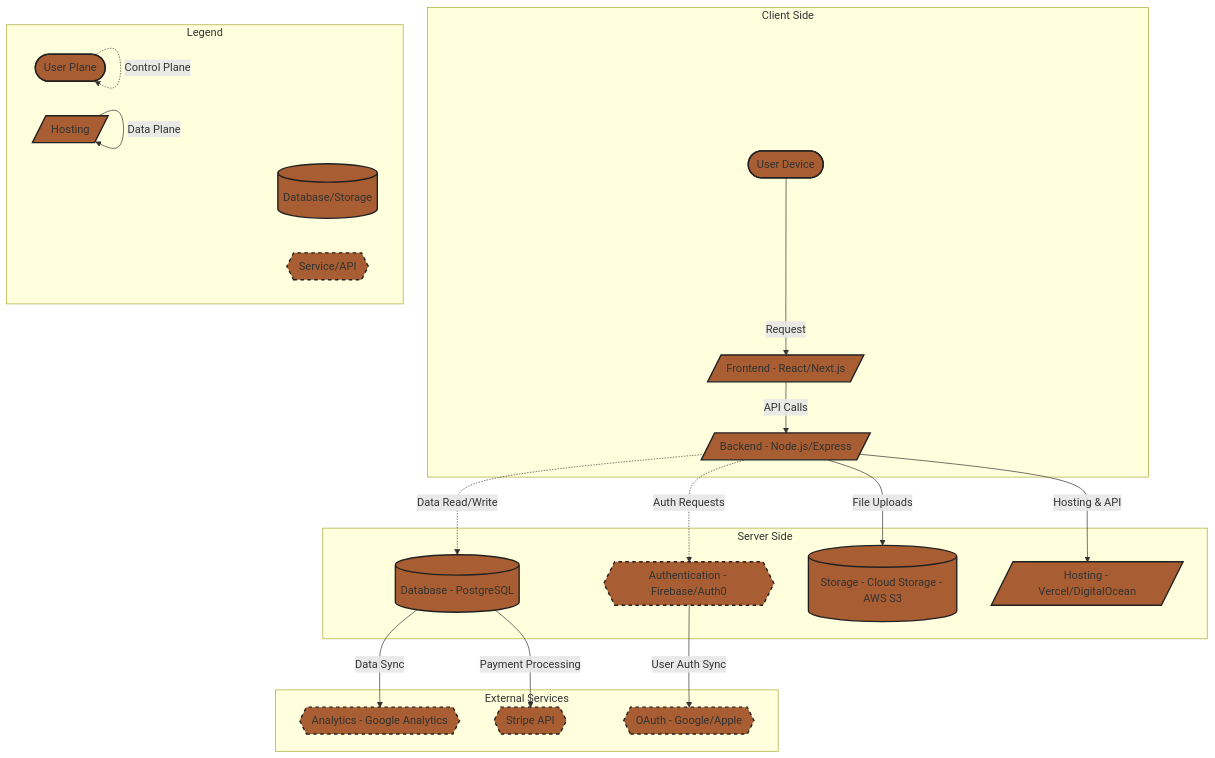
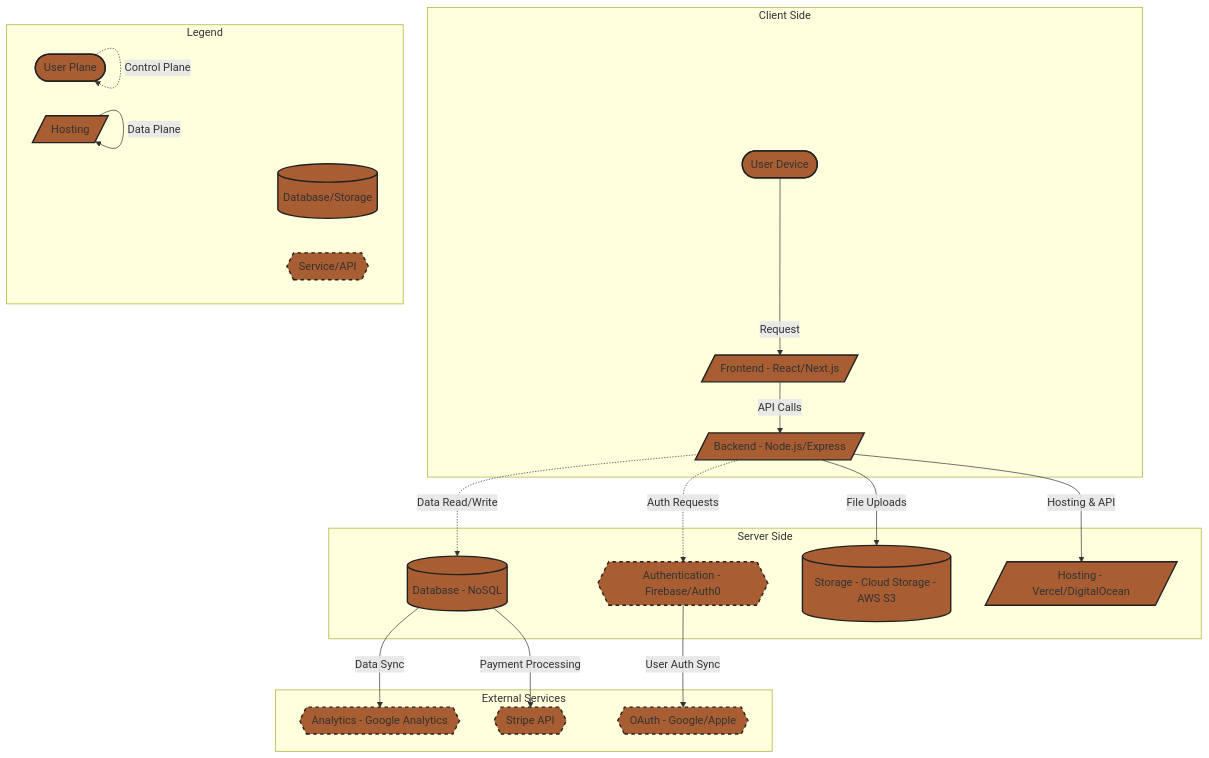
The diagram in docs/mlp/block-diagram.md (bennetthamilton/stingr), drawn with Mermaid before and after one commit.

Commit message:
Update block-diagram.md
We decided to use NoSQL instead for class development.

````diff
--- a/docs/mlp/block-diagram.md
+++ b/docs/mlp/block-diagram.md
@@ -1,44 +1,44 @@
 ```mermaid
 
 graph TD;
     subgraph Client Side
         A([User Device]) -->|Request| B[/Frontend - React/Next.js/]
         B -->|API Calls| C[/Backend - Node.js/Express/]
     end
 
     subgraph Server Side
         C -.->|Auth Requests| D{{Authentication - Firebase/Auth0}}
-        C -.->|Data Read/Write| E[(Database - PostgreSQL)]
+        C -.->|Data Read/Write| E[(Database - NoSQL)]
         C -->|File Uploads| F[(Storage - Cloud Storage - AWS S3)]
         C -->|Hosting & API| G[/Hosting - Vercel/DigitalOcean/]
     end
 
     subgraph External Services
         E -->|Data Sync| H{{Analytics - Google Analytics}}
         E -->|Payment Processing| I{{Stripe API}}
         D -->|User Auth Sync| J{{OAuth - Google/Apple}}
     end
 
     subgraph Legend
         K([Oval]) -.->|Control Plane| K([User Plane])
         L[/Parallelogram/] -->|Data Plane| L[/Hosting/]
         M[(Database/Storage)]
         N{{Service/API}}
     end
 
     style A fill:#a85e32,stroke:#212121,stroke-width:2px;
     style B fill:#a85e32,stroke:#212121,stroke-width:2px;
     style C fill:#a85e32,stroke:#212121,stroke-width:2px;
     style D fill:#a85e32,stroke:#212121,stroke-width:2px,stroke-dasharray:5 5;
     style E fill:#a85e32,stroke:#212121,stroke-width:2px;
     style F fill:#a85e32,stroke:#212121,stroke-width:2px;
     style G fill:#a85e32,stroke:#212121,stroke-width:2px;
     style H fill:#a85e32,stroke:#212121,stroke-width:2px,stroke-dasharray:5 5;
     style I fill:#a85e32,stroke:#212121,stroke-width:2px,stroke-dasharray:5 5;
     style J fill:#a85e32,stroke:#212121,stroke-width:2px,stroke-dasharray:5 5;
     style K fill:#a85e32,stroke:#212121,stroke-width:2px;
     style L fill:#a85e32,stroke:#212121,stroke-width:2px;
     style M fill:#a85e32,stroke:#212121,stroke-width:2px;
     style N fill:#a85e32, stroke:#212121,stroke-width:2px,stroke-dasharray:5 5;
 
 ```
````
